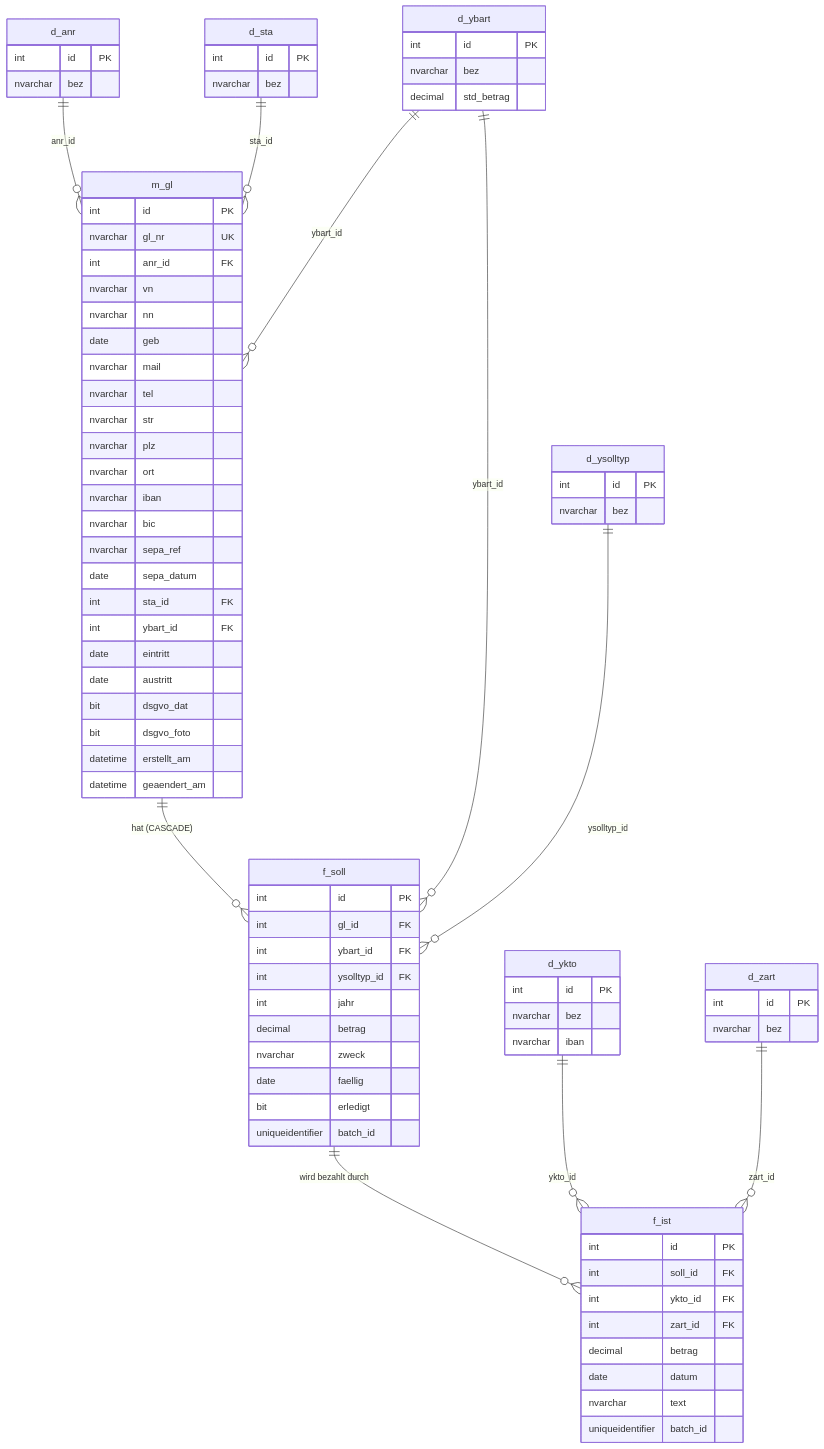
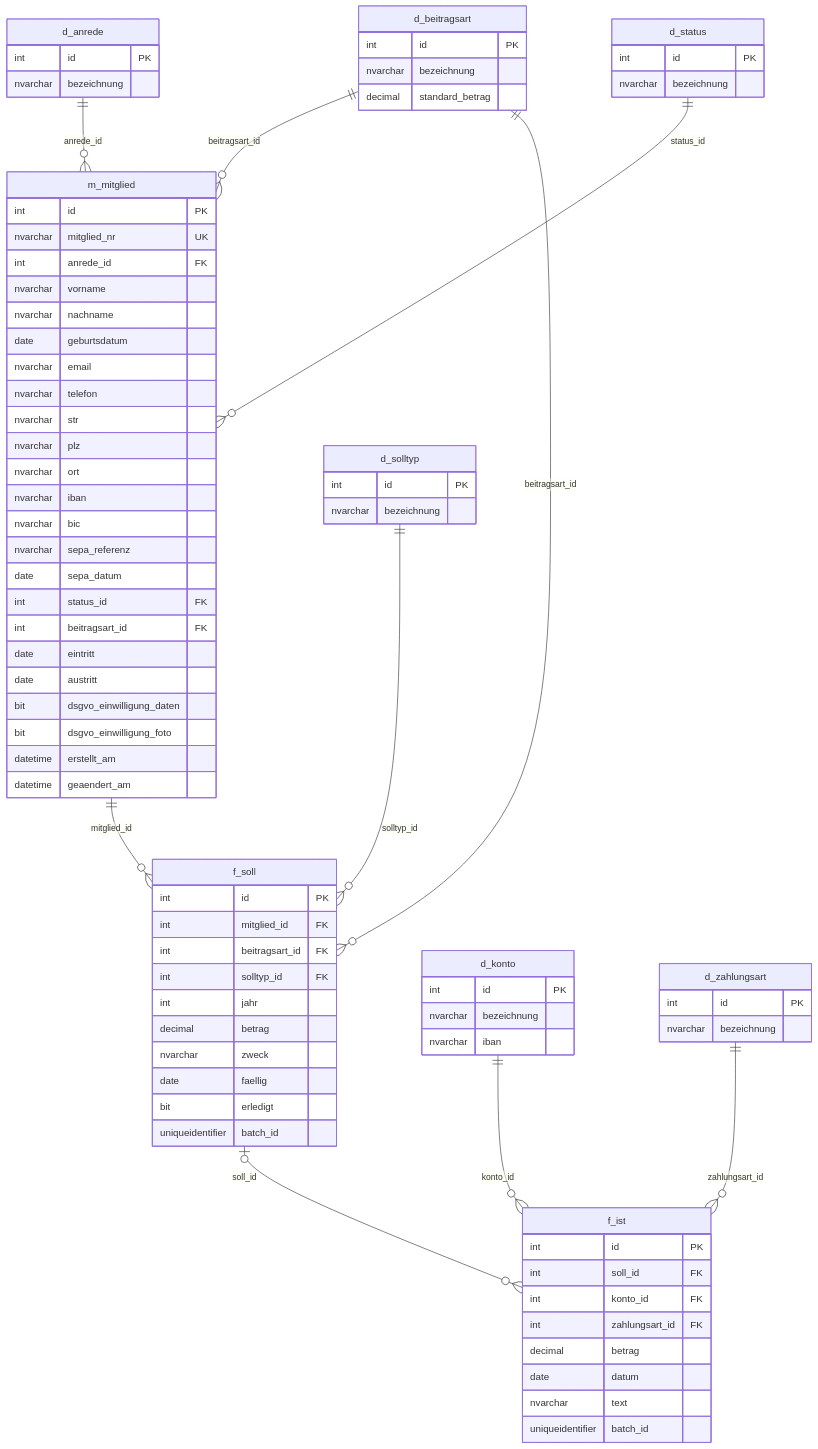
Before and after one commit to ovaya2/y: the second of 6 diagrams in schema-diagramme.md, drawn with Mermaid. The commit also changed other lines of this file and 1 other file, not shown here.

First line of the commit message:
docs: schema.md und schema-diagramme.md v2.0.0 (Neuaufbau aus yam2.Database, Stand d1dfd1b)

````diff
--- a/schema-diagramme.md
+++ b/schema-diagramme.md
@@ -65,36 +96,35 @@
 ```mermaid
 erDiagram
-    m_gl {
+    m_mitglied {
         int id PK
-        nvarchar gl_nr UK
-        int anr_id FK
-        nvarchar vn
-        nvarchar nn
-        date geb
-        nvarchar mail
-        nvarchar tel
+        nvarchar mitglied_nr UK
+        int anrede_id FK
+        nvarchar vorname
+        nvarchar nachname
+        date geburtsdatum
+        nvarchar email
+        nvarchar telefon
         nvarchar str
         nvarchar plz
         nvarchar ort
         nvarchar iban
         nvarchar bic
-        nvarchar sepa_ref
+        nvarchar sepa_referenz
         date sepa_datum
-        int sta_id FK
-        int ybart_id FK
+        int status_id FK
+        int beitragsart_id FK
         date eintritt
         date austritt
-        bit dsgvo_dat
-        bit dsgvo_foto
+        bit dsgvo_einwilligung_daten
+        bit dsgvo_einwilligung_foto
         datetime erstellt_am
         datetime geaendert_am
     }
-
     f_soll {
         int id PK
-        int gl_id FK
-        int ybart_id FK
-        int ysolltyp_id FK
+        int mitglied_id FK
+        int beitragsart_id FK
+        int solltyp_id FK
         int jahr
         decimal betrag
         nvarchar zweck
@@ -102,57 +132,49 @@
         bit erledigt
         uniqueidentifier batch_id
     }
-
     f_ist {
         int id PK
         int soll_id FK
-        int ykto_id FK
-        int zart_id FK
+        int konto_id FK
+        int zahlungsart_id FK
         decimal betrag
         date datum
         nvarchar text
         uniqueidentifier batch_id
     }
-
-    d_anr {
+    d_status {
         int id PK
-        nvarchar bez
+        nvarchar bezeichnung
     }
-
-    d_sta {
+    d_anrede {
         int id PK
-        nvarchar bez
+        nvarchar bezeichnung
     }
-
-    d_ybart {
+    d_beitragsart {
         int id PK
-        nvarchar bez
-        decimal std_betrag
+        nvarchar bezeichnung
+        decimal standard_betrag
     }
-
-    d_ysolltyp {
+    d_solltyp {
         int id PK
-        nvarchar bez
+        nvarchar bezeichnung
     }
-
-    d_ykto {
+    d_konto {
         int id PK
-        nvarchar bez
+        nvarchar bezeichnung
         nvarchar iban
     }
-
-    d_zart {
+    d_zahlungsart {
         int id PK
-        nvarchar bez
+        nvarchar bezeichnung
     }
-
-    m_gl ||--o{ f_soll : "hat (CASCADE)"
-    f_soll ||--o{ f_ist : "wird bezahlt durch"
-    d_anr ||--o{ m_gl : "anr_id"
-    d_sta ||--o{ m_gl : "sta_id"
-    d_ybart ||--o{ m_gl : "ybart_id"
-    d_ybart ||--o{ f_soll : "ybart_id"
-    d_ysolltyp ||--o{ f_soll : "ysolltyp_id"
-    d_ykto ||--o{ f_ist : "ykto_id"
-    d_zart ||--o{ f_ist : "zart_id"
+    d_anrede ||--o{ m_mitglied : "anrede_id"
+    d_status ||--o{ m_mitglied : "status_id"
+    d_beitragsart ||--o{ m_mitglied : "beitragsart_id"
+    d_beitragsart ||--o{ f_soll : "beitragsart_id"
+    d_solltyp ||--o{ f_soll : "solltyp_id"
+    m_mitglied ||--o{ f_soll : "mitglied_id"
+    d_konto ||--o{ f_ist : "konto_id"
+    d_zahlungsart ||--o{ f_ist : "zahlungsart_id"
+    f_soll |o--o{ f_ist : "soll_id"
 ```
````
